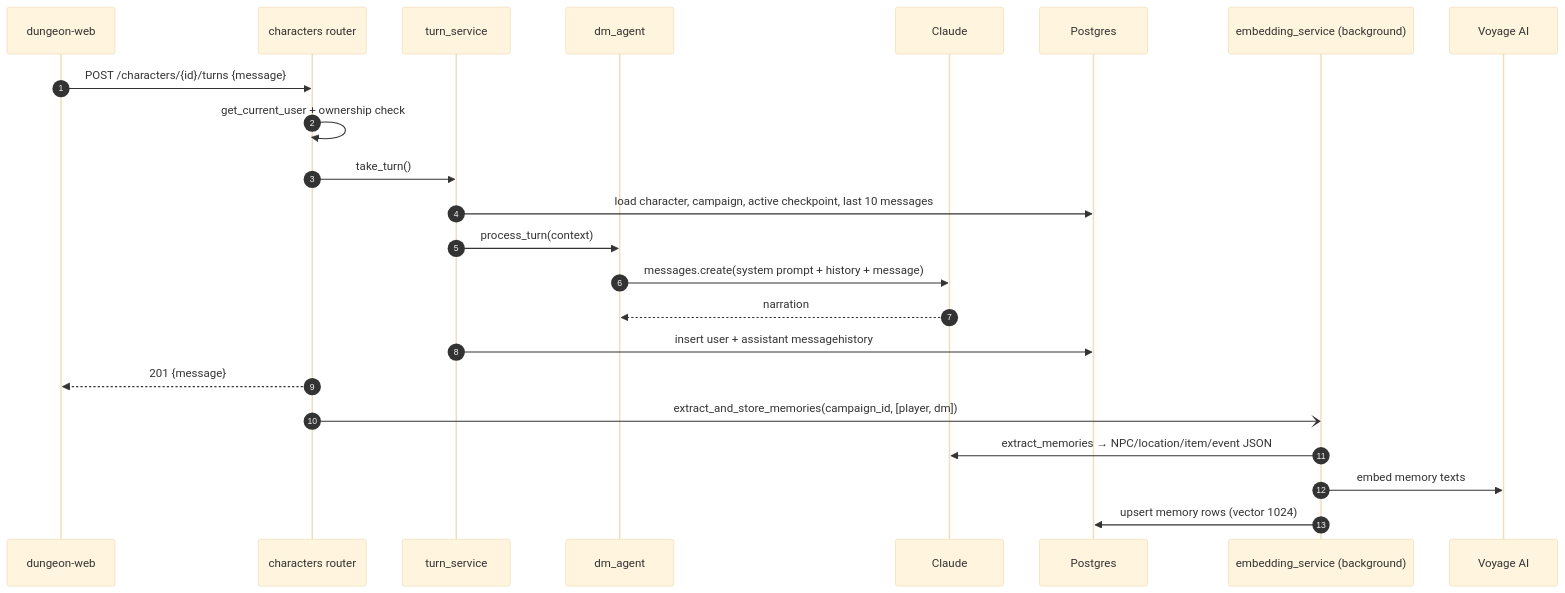
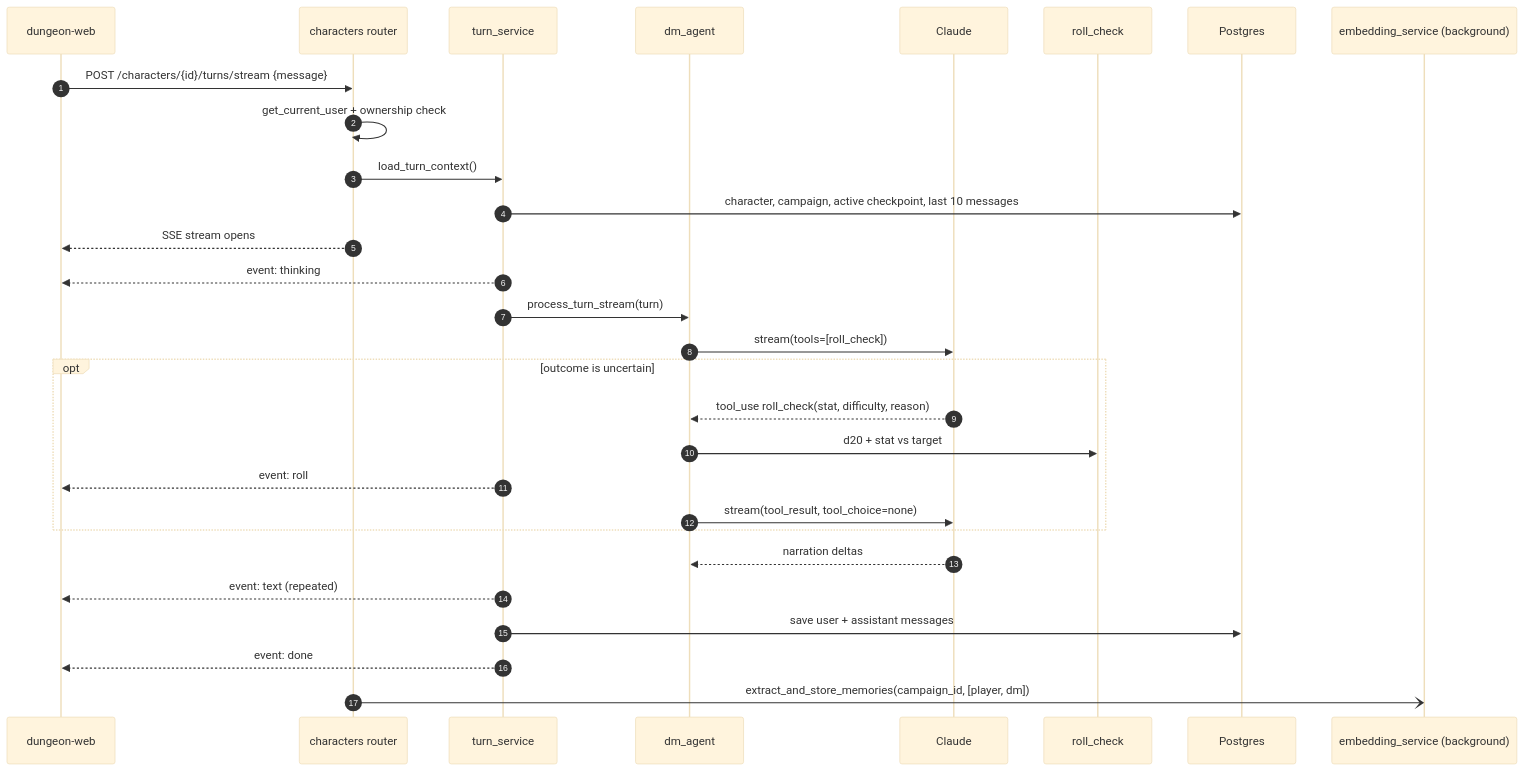
Before and after one commit to StephenMoring/dungeon-service: the fourth of 6 diagrams in docs/architecture.md, drawn with Mermaid (base theme). The commit also changed other lines of this file and 4 other files, not shown here.

Commit message:
feat: DM prompt calls for real dice checks; docs

````diff
--- a/docs/architecture.md
+++ b/docs/architecture.md
@@ -116,26 +116,32 @@
 ```mermaid
 sequenceDiagram
   autonumber
   participant Web as dungeon-web
   participant R as characters router
   participant T as turn_service
   participant DM as dm_agent
   participant C as Claude
+  participant Dice as roll_check
   participant DB as Postgres
   participant BG as embedding_service (background)
-  participant V as Voyage AI
 
-  Web->>R: POST /characters/{id}/turns {message}
+  Web->>R: POST /characters/{id}/turns/stream {message}
   R->>R: get_current_user + ownership check
-  R->>T: take_turn()
-  T->>DB: load character, campaign, active checkpoint, last 10 messages
-  T->>DM: process_turn(context)
-  DM->>C: messages.create(system prompt + history + message)
-  C-->>DM: narration
-  T->>DB: insert user + assistant messagehistory
-  R-->>Web: 201 {message}
+  R->>T: load_turn_context()
+  T->>DB: character, campaign, active checkpoint, last 10 messages
+  R-->>Web: SSE stream opens
+  T-->>Web: event: thinking
+  T->>DM: process_turn_stream(turn)
+  DM->>C: stream(tools=[roll_check])
+  opt outcome is uncertain
+    C-->>DM: tool_use roll_check(stat, difficulty, reason)
+    DM->>Dice: d20 + stat vs target
+    T-->>Web: event: roll
+    DM->>C: stream(tool_result, tool_choice=none)
+  end
+  C-->>DM: narration deltas
+  T-->>Web: event: text (repeated)
+  T->>DB: save user + assistant messages
+  T-->>Web: event: done
   R-)BG: extract_and_store_memories(campaign_id, [player, dm])
-  BG->>C: extract_memories → NPC/location/item/event JSON
-  BG->>V: embed memory texts
-  BG->>DB: upsert memory rows (vector 1024)
 ```
````
